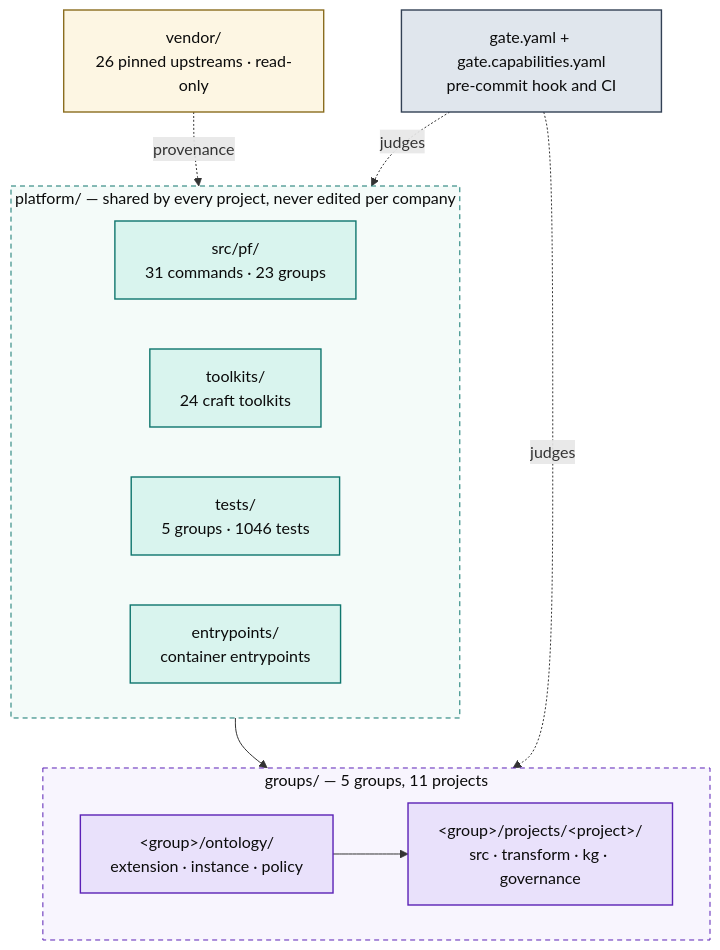
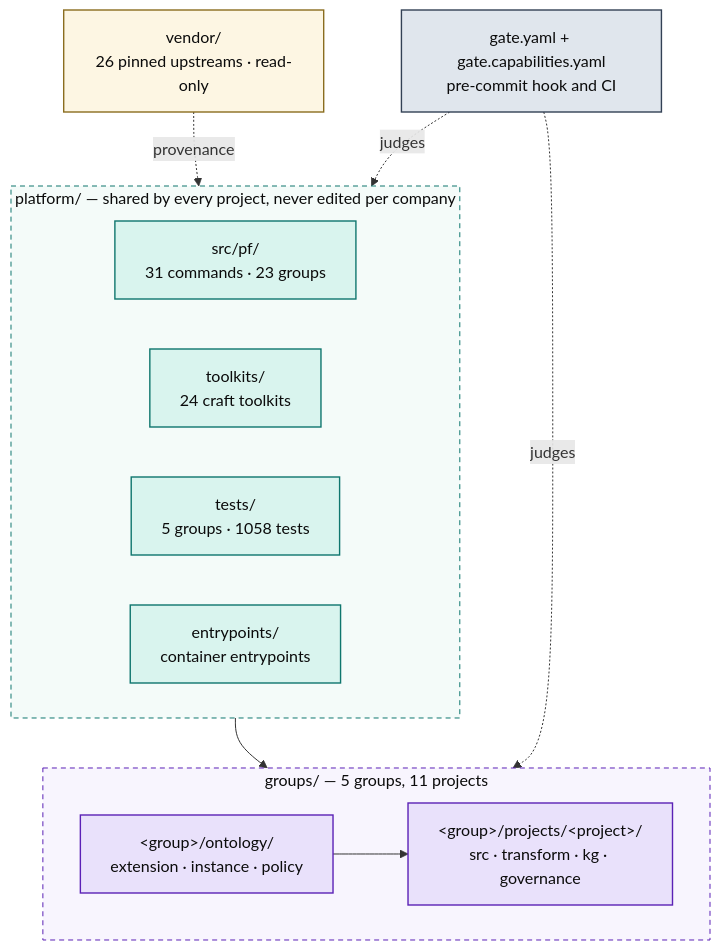
The first of 5 diagrams in docs/ARCHITECTURE.md (Atomz-org/data-platform), drawn with Mermaid before and after one commit. The commit also changed other lines of this file and 5 other files, not shown here.

````diff
--- a/docs/ARCHITECTURE.md
+++ b/docs/ARCHITECTURE.md
@@ -15,36 +15,36 @@
 ```mermaid
 flowchart TB
   subgraph SHARED["platform/ — shared by every project, never edited per company"]
     direction LR
     ENG["src/pf/<br/>31 commands · 23 groups"]
     TK["toolkits/<br/>24 craft toolkits"]
-    TST["tests/<br/>5 groups · 1046 tests"]
+    TST["tests/<br/>5 groups · 1058 tests"]
     ENT["entrypoints/<br/>container entrypoints"]
   end
 
   subgraph ENTITIES["groups/ — 5 groups, 11 projects"]
     direction LR
     GRP["&lt;group&gt;/ontology/<br/>extension · instance · policy"]
     PRJ["&lt;group&gt;/projects/&lt;project&gt;/<br/>src · transform · kg · governance"]
     GRP --> PRJ
   end
 
   VEN["vendor/<br/>26 pinned upstreams · read-only"]
   GATE["gate.yaml + gate.capabilities.yaml<br/>pre-commit hook and CI"]
 
   SHARED --> ENTITIES
   VEN -.provenance.-> SHARED
   GATE -.judges.-> ENTITIES
   GATE -.judges.-> SHARED
 
   classDef code fill:#d9f4ee,stroke:#0f766e,stroke-width:1.4px,color:#0b0b0b
   classDef data fill:#e9e1fb,stroke:#5b21b6,stroke-width:1.4px,color:#0b0b0b
   classDef gov fill:#e0e6ed,stroke:#334155,stroke-width:1.4px,color:#0b0b0b
   classDef ext fill:#fdf6e3,stroke:#8a6d1f,stroke-width:1.4px,color:#0b0b0b
   class ENG,TK,TST,ENT code
   class GRP,PRJ data
   class GATE gov
   class VEN ext
   style SHARED fill:#f4fbf9,stroke:#0f766e,stroke-dasharray:5 4,color:#0b0b0b
   style ENTITIES fill:#f8f5fe,stroke:#5b21b6,stroke-dasharray:5 4,color:#0b0b0b
 ```
````
